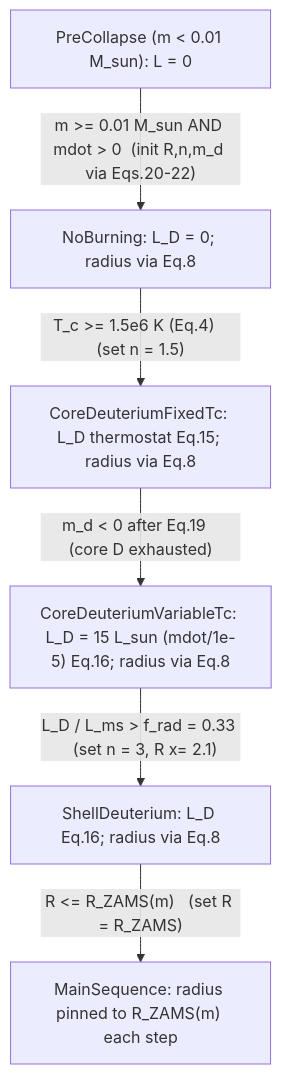
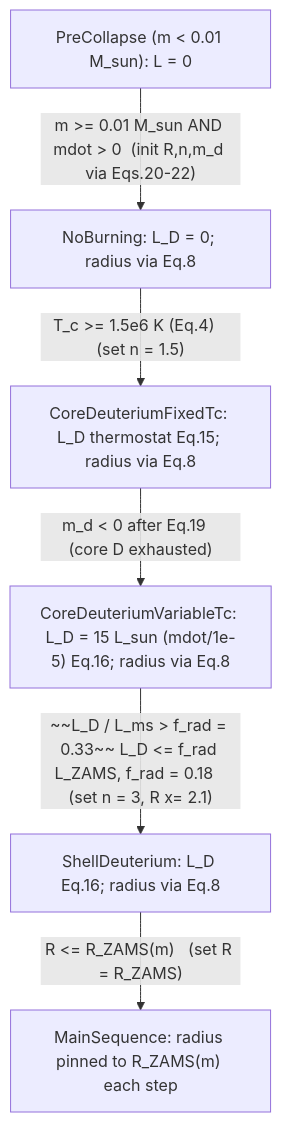
One commit to quokka-astro/quokka changed the first of 2 diagrams in docs/star-particles/star-particle-deuterium-model-SPEC.md. Above: the diagram before and after it, drawn with Mermaid. The commit also changed other lines of this file and 1 other file, not shown here.

````diff
--- a/docs/star-particles/star-particle-deuterium-model-SPEC.md
+++ b/docs/star-particles/star-particle-deuterium-model-SPEC.md
@@ -323,15 +324,15 @@
 ```mermaid
 flowchart TD
     P["PreCollapse (m < 0.01 M_sun): L = 0"]
     N["NoBurning: L_D = 0; radius via Eq.8"]
     F["CoreDeuteriumFixedTc: L_D thermostat Eq.15; radius via Eq.8"]
     V["CoreDeuteriumVariableTc: L_D = 15 L_sun (mdot/1e-5) Eq.16; radius via Eq.8"]
     S["ShellDeuterium: L_D Eq.16; radius via Eq.8"]
     M["MainSequence: radius pinned to R_ZAMS(m) each step"]
 
     P -->|"m >= 0.01 M_sun AND mdot > 0  (init R,n,m_d via Eqs.20-22)"| N
     N -->|"T_c >= 1.5e6 K (Eq.4)   (set n = 1.5)"| F
     F -->|"m_d < 0 after Eq.19   (core D exhausted)"| V
-    V -->|"L_D / L_ms > f_rad = 0.33   (set n = 3, R x= 2.1)"| S
+    V -->|"~~L_D / L_ms > f_rad = 0.33~~ L_D <= f_rad L_ZAMS, f_rad = 0.18   (set n = 3, R x= 2.1)"| S
     S -->|"R <= R_ZAMS(m)   (set R = R_ZAMS)"| M
 ```
````
